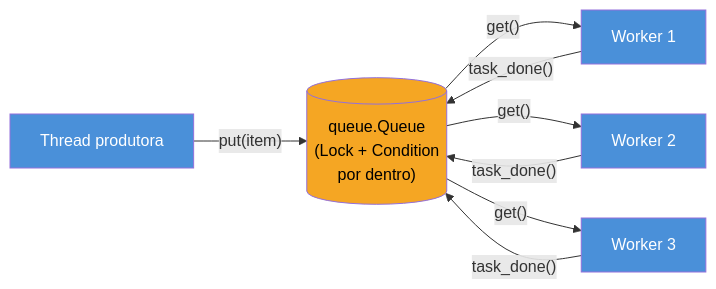
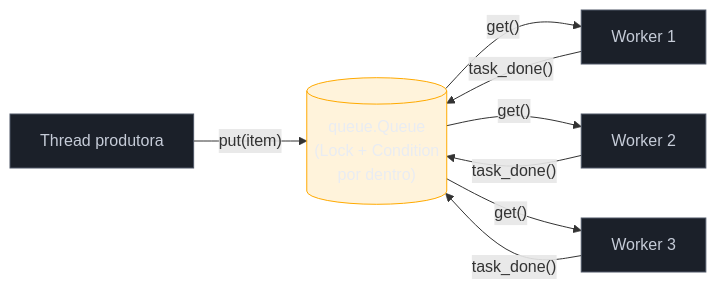
Before and after one commit to josenaldo/codex-technomanticus: the first of 3 diagrams in 03-Dominios/Tecnologia/Python/Concorrência e paralelismo/03 - queue.Queue e o padrão produtor-consumidor.md, drawn with Mermaid. The commit also changed 1181 other files, not shown here.

First line of the commit message:
fix(diagramas): paleta do sistema no lugar de cor cravada no markdown

````diff
--- a/03-Dominios/Tecnologia/Python/Concorrência e paralelismo/03 - queue.Queue e o padrão produtor-consumidor.md
+++ b/03-Dominios/Tecnologia/Python/Concorrência e paralelismo/03 - queue.Queue e o padrão produtor-consumidor.md
@@ -139,16 +139,18 @@
 ```mermaid
 flowchart LR
+    classDef neutro fill:#1B2029,stroke:#4E5666,color:#C6CCD8
+    classDef destaque fill:#FFAA0024,stroke:#FFAA00,color:#E9ECF2
     Prod["Thread produtora"] -->|"put(item)"| Q[("queue.Queue\n(Lock + Condition\npor dentro)")]
     Q -->|"get()"| W1["Worker 1"]
     Q -->|"get()"| W2["Worker 2"]
     Q -->|"get()"| W3["Worker 3"]
     W1 -->|"task_done()"| Q
     W2 -->|"task_done()"| Q
     W3 -->|"task_done()"| Q
 
-    style Prod fill:#4A90D9,color:#fff
-    style Q fill:#F5A623,color:#000
-    style W1 fill:#4A90D9,color:#fff
-    style W2 fill:#4A90D9,color:#fff
-    style W3 fill:#4A90D9,color:#fff
+    class Prod neutro
+    class Q destaque
+    class W1 neutro
+    class W2 neutro
+    class W3 neutro
 ```
````
